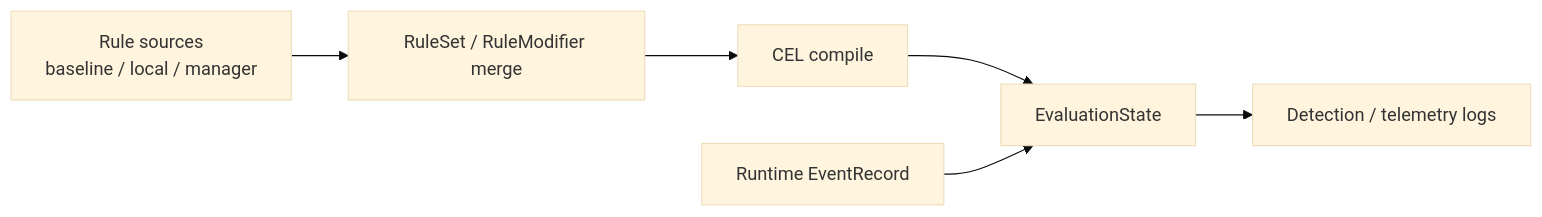
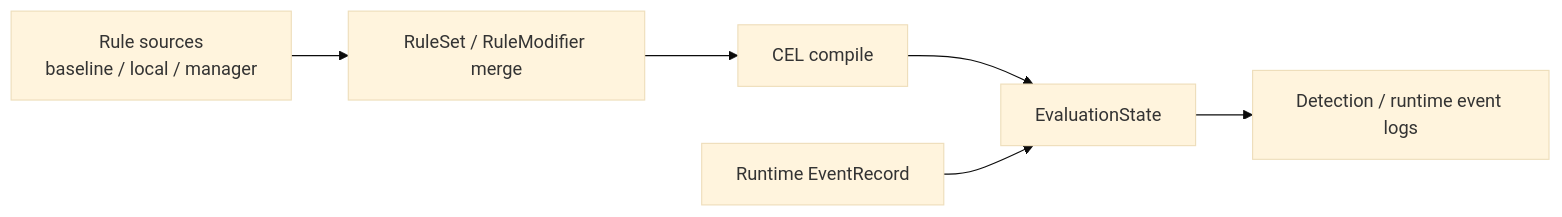
The diagram in docs/developer-guide/rule-engine.md (site0801/cicd-sensor), drawn with Mermaid (base theme) before and after one commit. The commit also changed other lines of this file and 214 other files, not shown here.

Commit message:
refactor!: drop job_ prefix, sweep kind→type, telemetry→event for runtime log

````diff
--- a/docs/developer-guide/rule-engine.md
+++ b/docs/developer-guide/rule-engine.md
@@ -10,12 +10,12 @@
 ```mermaid
 flowchart LR
     SRC["Rule sources<br/>baseline / local / manager"]
     MERGE["RuleSet / RuleModifier merge"]
     COMPILE["CEL compile"]
     EVAL["EvaluationState"]
     EVENT["Runtime EventRecord"]
-    LOGS["Detection / telemetry logs"]
+    LOGS["Detection / runtime event logs"]
 
     SRC --> MERGE --> COMPILE --> EVAL
     EVENT --> EVAL --> LOGS
 ```
````
